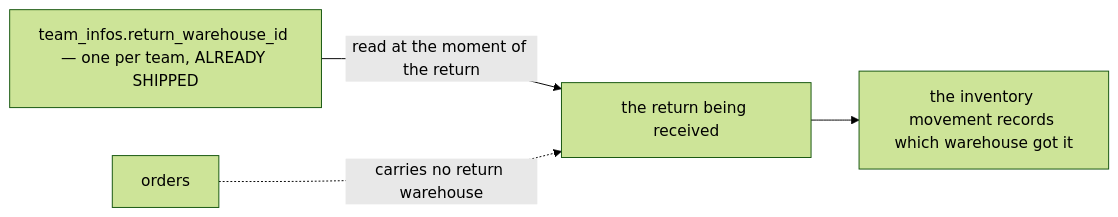
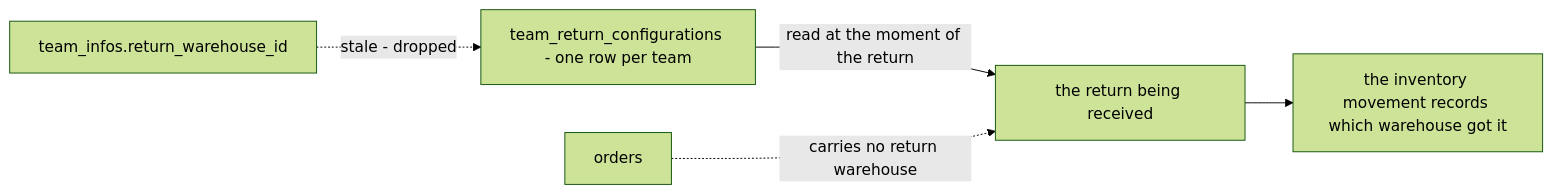
One commit to pdcgo/warehouse_revamp changed the first of 5 diagrams in docs/business/order/order_return_clarify.md. Above: the diagram before and after it, drawn with Mermaid (forest theme). The commit also changed other lines of this file and 8 other files, not shown here.

First line of the commit message:
docs(order): order return closed — the return warehouse table, the map at create, no clone

````diff
--- a/docs/business/order/order_return_clarify.md
+++ b/docs/business/order/order_return_clarify.md
@@ -93,6 +144,7 @@
 ```mermaid
 flowchart LR
-  T["team_infos.return_warehouse_id — one per team, ALREADY SHIPPED"] -->|"read at the moment of the return"| R["the return being received"]
+  T["team_return_configurations - one row per team"] -->|"read at the moment of the return"| R["the return being received"]
   R --> MV["the inventory movement records which warehouse got it"]
   O["orders"] -.->|"carries no return warehouse"| R
+  X["team_infos.return_warehouse_id"] -.->|"stale - dropped"| T
 ```
````
